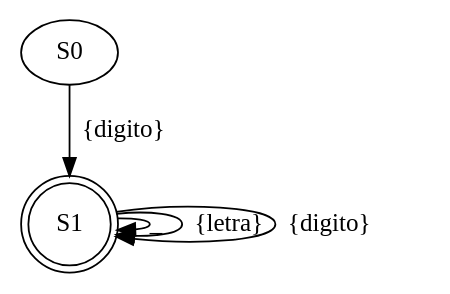
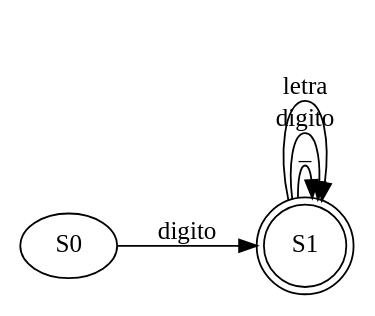
Before and after one commit to JeffMendez/OCL_Proyecto1_201901557: the diagram in Regexive/archivos/AFD_201901557/RegEx3.dot, drawn with Graphviz. The commit also changed 78 other files, not shown here.

```diff
--- a/Regexive/archivos/AFD_201901557/RegEx3.dot
+++ b/Regexive/archivos/AFD_201901557/RegEx3.dot
@@ -1,3 +1,4 @@
 digraph G {
-	S0 -> S1 [label="{digito}"]	S1 [shape="doublecircle"]	S1 -> S1 [label="_"]	S1 -> S1 [label="{letra}"]	S1 -> S1 [label="{digito}"]
+	rankdir=LR
+	S0 -> S1 [label="digito"]	S1 [shape="doublecircle"]	S1 -> S1 [label="_"]	S1 -> S1 [label="digito"]	S1 -> S1 [label="letra"]
 }
```
